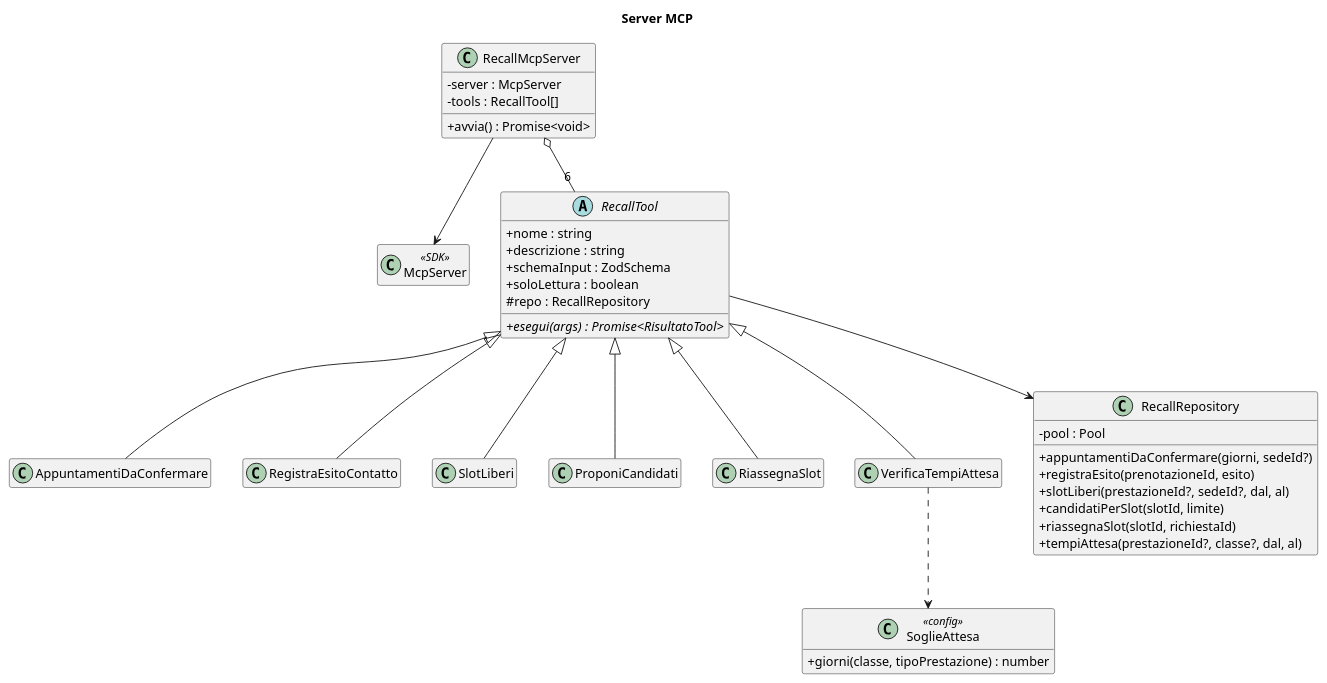
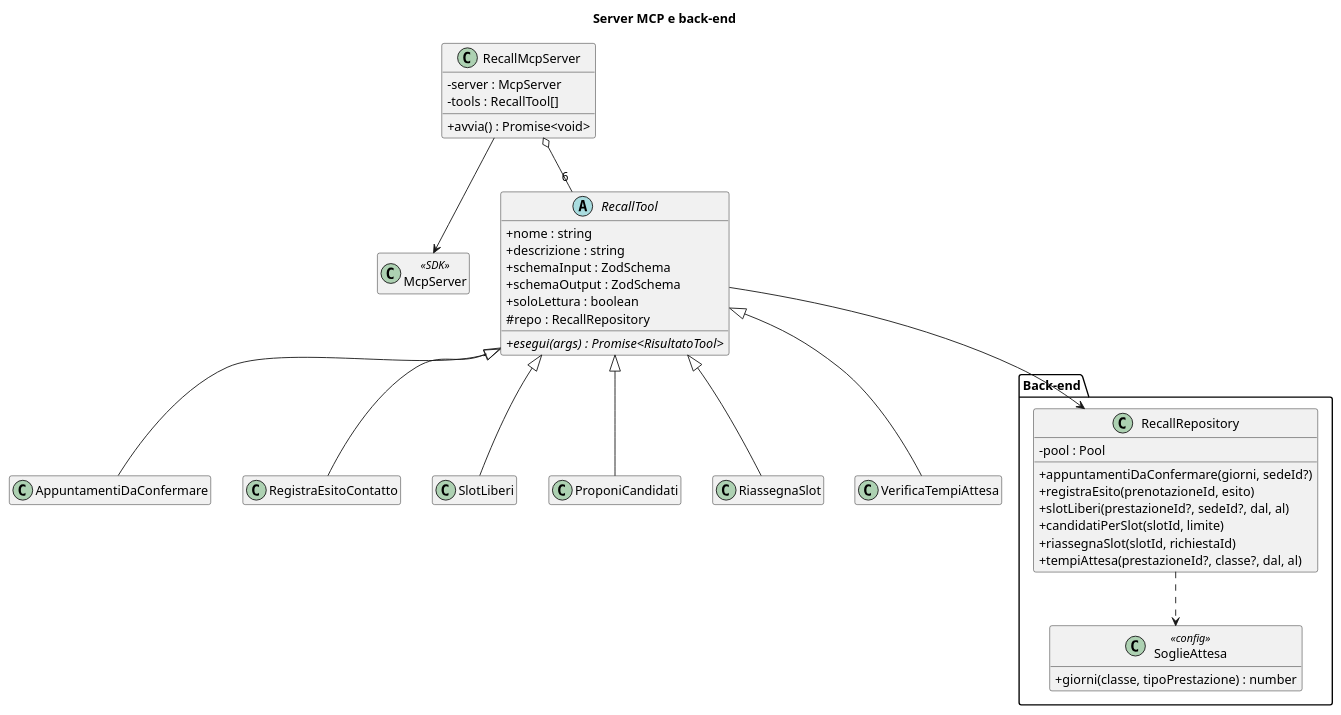
One commit to LeoDS99/pw26-agente-recall changed the diagram in docs/diagrammi/classi-server.puml. Above: the diagram before and after it, drawn with PlantUML. The commit also changed 1 other file, not shown here.

Commit message:
Schema di uscita dei tool, back-end separato, scenari riproducibili

```diff
--- a/docs/diagrammi/classi-server.puml
+++ b/docs/diagrammi/classi-server.puml
@@ -1,54 +1,57 @@
 @startuml classi-server
 skinparam classAttributeIconSize 0
 hide empty members
-title Server MCP
+title Server MCP e back-end
 
 class McpServer <<SDK>>
 
 class RecallMcpServer {
   - server : McpServer
   - tools : RecallTool[]
   + avvia() : Promise<void>
 }
 
 abstract class RecallTool {
   + nome : string
   + descrizione : string
   + schemaInput : ZodSchema
+  + schemaOutput : ZodSchema
   + soloLettura : boolean
   # repo : RecallRepository
   + {abstract} esegui(args) : Promise<RisultatoTool>
 }
 
 class AppuntamentiDaConfermare
 class RegistraEsitoContatto
 class SlotLiberi
 class ProponiCandidati
 class RiassegnaSlot
 class VerificaTempiAttesa
 
-class RecallRepository {
-  - pool : Pool
-  + appuntamentiDaConfermare(giorni, sedeId?)
-  + registraEsito(prenotazioneId, esito)
-  + slotLiberi(prestazioneId?, sedeId?, dal, al)
-  + candidatiPerSlot(slotId, limite)
-  + riassegnaSlot(slotId, richiestaId)
-  + tempiAttesa(prestazioneId?, classe?, dal, al)
-}
+package "Back-end" {
+  class RecallRepository {
+    - pool : Pool
+    + appuntamentiDaConfermare(giorni, sedeId?)
+    + registraEsito(prenotazioneId, esito)
+    + slotLiberi(prestazioneId?, sedeId?, dal, al)
+    + candidatiPerSlot(slotId, limite)
+    + riassegnaSlot(slotId, richiestaId)
+    + tempiAttesa(prestazioneId?, classe?, dal, al)
+  }
 
-class SoglieAttesa <<config>> {
-  + giorni(classe, tipoPrestazione) : number
+  class SoglieAttesa <<config>> {
+    + giorni(classe, tipoPrestazione) : number
+  }
 }
 
 RecallMcpServer --> McpServer
 RecallMcpServer o-- "6" RecallTool
 RecallTool <|-- AppuntamentiDaConfermare
 RecallTool <|-- RegistraEsitoContatto
 RecallTool <|-- SlotLiberi
 RecallTool <|-- ProponiCandidati
 RecallTool <|-- RiassegnaSlot
 RecallTool <|-- VerificaTempiAttesa
 RecallTool --> RecallRepository
-VerificaTempiAttesa ..> SoglieAttesa
+RecallRepository ..> SoglieAttesa
 @enduml
```
